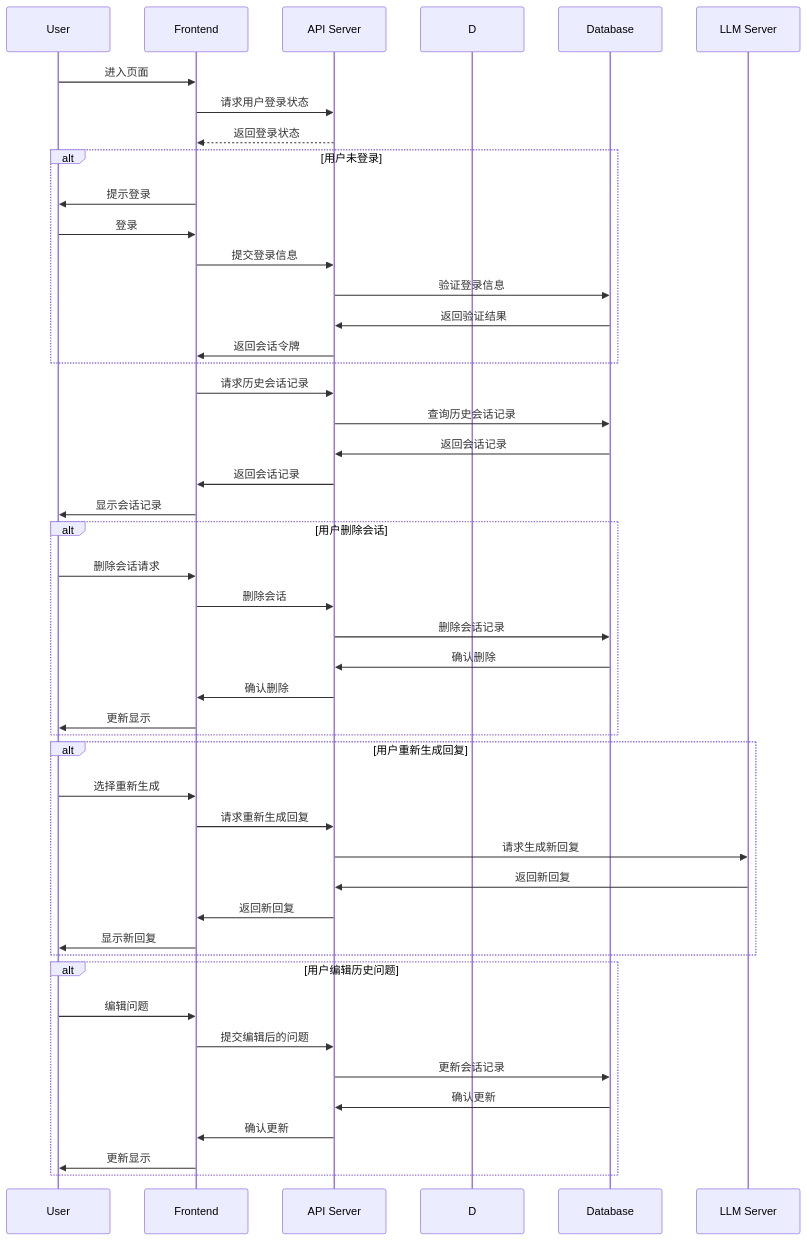
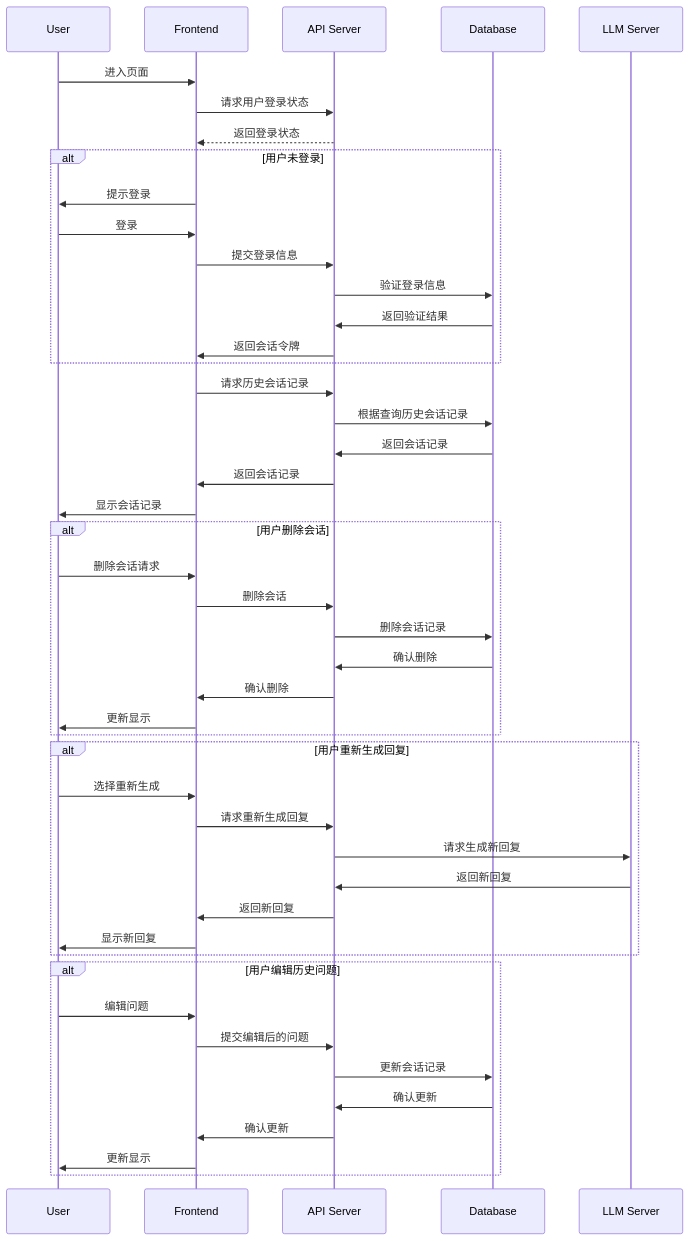
Before and after one commit to yingjianzh/iodraw-files: the diagram in all/未命名-7.md, drawn with Mermaid.

Commit message:
2024-10-08 16:50:17 update

````diff
--- a/all/未命名-7.md
+++ b/all/未命名-7.md
@@ -1,53 +1,53 @@
 ```mermaid
 sequenceDiagram
     participant User
     participant Frontend
     participant API Server
-    participant D
+    participant Database
 
     User->>Frontend: 进入页面
     Frontend->>API Server: 请求用户登录状态
     API Server-->>Frontend: 返回登录状态
     alt 用户未登录
         Frontend->>User: 提示登录
         User->>Frontend: 登录
         Frontend->>API Server: 提交登录信息
         API Server->>Database: 验证登录信息
         Database->>API Server: 返回验证结果
         API Server->>Frontend: 返回会话令牌
     end
 
     Frontend->>API Server: 请求历史会话记录
-    API Server->>Database: 查询历史会话记录
+    API Server->>Database: 根据查询历史会话记录
     Database->>API Server: 返回会话记录
     API Server->>Frontend: 返回会话记录
     Frontend->>User: 显示会话记录
 
     alt 用户删除会话
         User->>Frontend: 删除会话请求
         Frontend->>API Server: 删除会话
         API Server->>Database: 删除会话记录
         Database->>API Server: 确认删除
         API Server->>Frontend: 确认删除
         Frontend->>User: 更新显示
     end
 
     alt 用户重新生成回复
         User->>Frontend: 选择重新生成
         Frontend->>API Server: 请求重新生成回复
         API Server->>LLM Server: 请求生成新回复
         LLM Server->>API Server: 返回新回复
         API Server->>Frontend: 返回新回复
         Frontend->>User: 显示新回复
     end
 
     alt 用户编辑历史问题
         User->>Frontend: 编辑问题
         Frontend->>API Server: 提交编辑后的问题
         API Server->>Database: 更新会话记录
         Database->>API Server: 确认更新
         API Server->>Frontend: 确认更新
         Frontend->>User: 更新显示
     end
 
 ```
````
